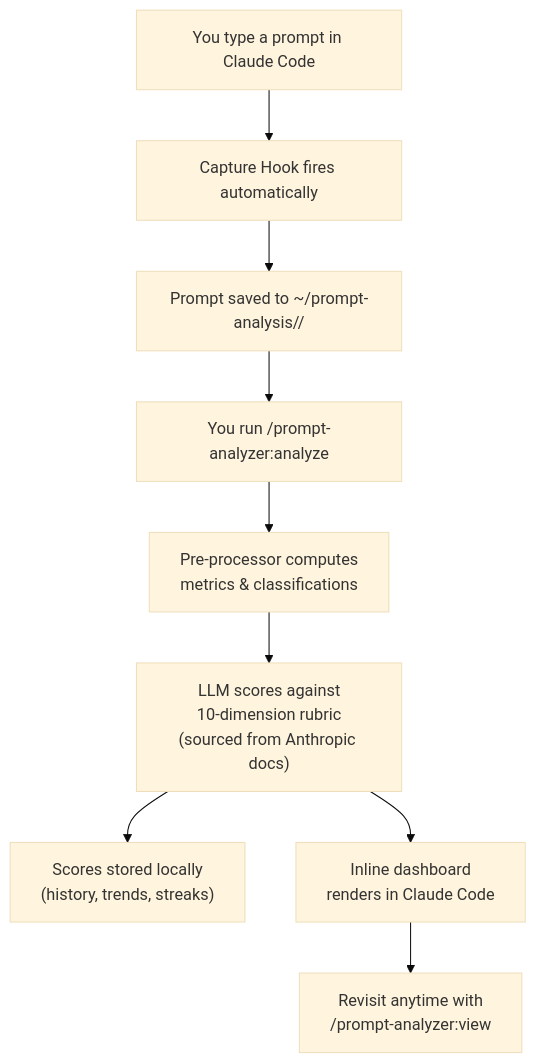
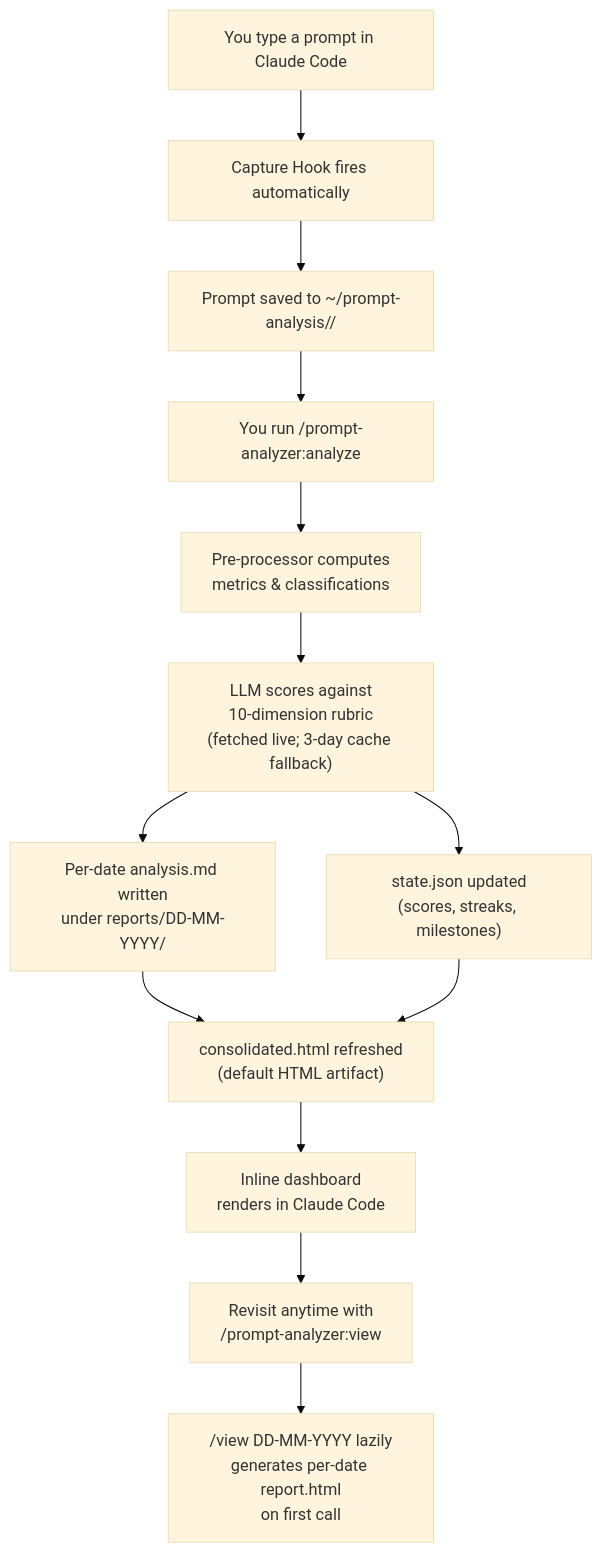
One commit to sahaarijit/claude-prompt-analyzer changed the diagram in README.md. Above: the diagram before and after it, drawn with Mermaid (base theme). The commit also changed other lines of this file and 3 other files, not shown here.

First line of the commit message:
feat(v2.0.1): consolidated HTML default + lazy per-date HTML + secure DOM

````diff
--- a/README.md
+++ b/README.md
@@ -158,11 +163,15 @@
 ```mermaid
 flowchart TD
     A["You type a prompt in Claude Code"] --> B["Capture Hook fires automatically"]
     B --> C["Prompt saved to ~/prompt-analysis/<project>/"]
     C --> D["You run /prompt-analyzer:analyze"]
     D --> E["Pre-processor computes\nmetrics & classifications"]
-    E --> F["LLM scores against\n10-dimension rubric\n(sourced from Anthropic docs)"]
-    F --> G["Scores stored locally\n(history, trends, streaks)"]
-    F --> H["Inline dashboard\nrenders in Claude Code"]
-    H --> I["Revisit anytime with\n/prompt-analyzer:view"]
+    E --> F["LLM scores against\n10-dimension rubric\n(fetched live; 3-day cache fallback)"]
+    F --> G["Per-date analysis.md written\nunder reports/DD-MM-YYYY/"]
+    F --> H["state.json updated\n(scores, streaks, milestones)"]
+    G --> I["consolidated.html refreshed\n(default HTML artifact)"]
+    H --> I
+    I --> J["Inline dashboard\nrenders in Claude Code"]
+    J --> K["Revisit anytime with\n/prompt-analyzer:view"]
+    K --> L["/view DD-MM-YYYY lazily\ngenerates per-date report.html\non first call"]
 ```
````
